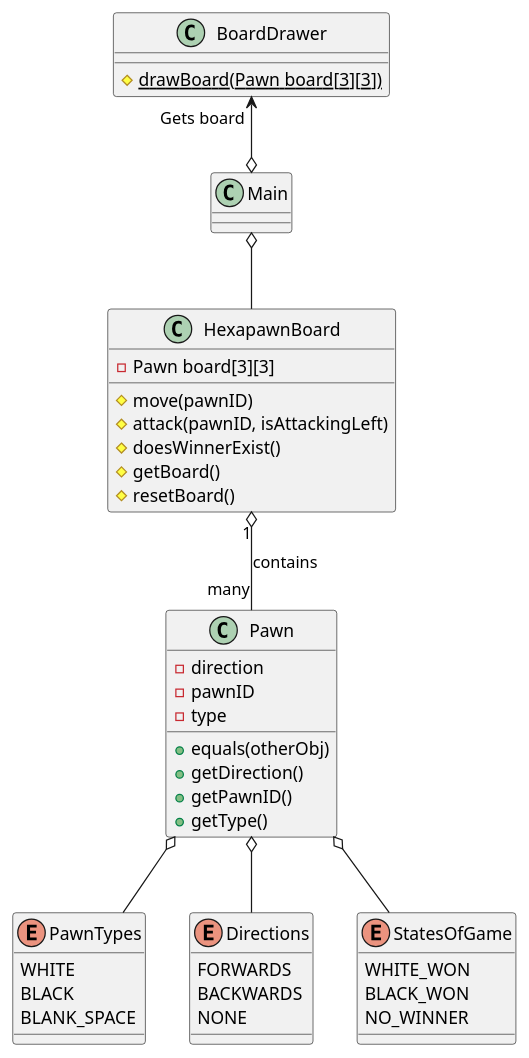
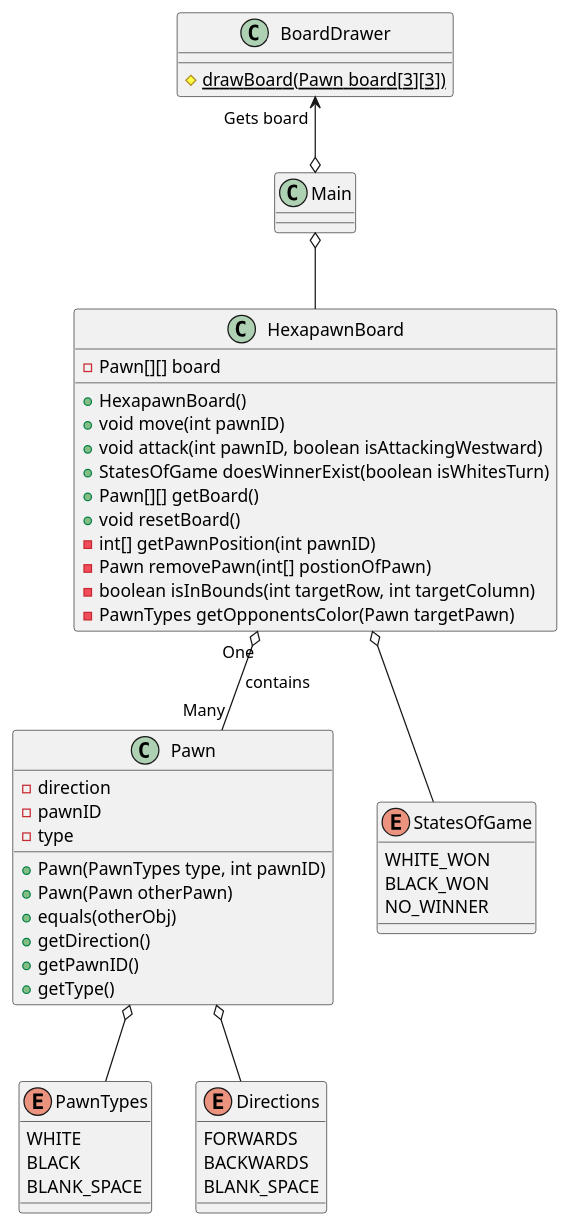
The diagram in src/HexapawnClassDiagram.puml (builderJP/hexapawn), drawn with PlantUML before and after one commit.

Commit message:
Docs: Updated UML Diagram

```diff
--- a/src/HexapawnClassDiagram.puml
+++ b/src/HexapawnClassDiagram.puml
@@ -1,57 +1,64 @@
 @startuml
 'https://plantuml.com/class-diagram
 
 
 class Pawn{
     - direction
     - {field} pawnID
     - type
+    + Pawn(PawnTypes type, int pawnID)
+    + Pawn(Pawn otherPawn)
     + equals(otherObj)
     + getDirection()
     + getPawnID()
     + getType()
 }
 
 class HexapawnBoard{
-    - Pawn board[3][3]
-    # move(pawnID)
-    # attack(pawnID, isAttackingLeft)
-    # doesWinnerExist()
-    # getBoard()
-    # resetBoard()
+    - Pawn[][] board
+    + HexapawnBoard()
+    + void move(int pawnID)
+    + void attack(int pawnID, boolean isAttackingWestward)
+    + StatesOfGame doesWinnerExist(boolean isWhitesTurn)
+    + Pawn[][] getBoard()
+    + void resetBoard()
+    - int[] getPawnPosition(int pawnID)
+    - Pawn removePawn(int[] postionOfPawn)
+    - boolean isInBounds(int targetRow, int targetColumn)
+    - PawnTypes getOpponentsColor(Pawn targetPawn)
 }
 
 class BoardDrawer{
     # {static} drawBoard(Pawn board[3][3])
 }
 
 class Main{
 
 }
 
 enum PawnTypes{
     WHITE
     BLACK
     BLANK_SPACE
 }
 
 enum Directions{
     FORWARDS
     BACKWARDS
-    NONE
+    BLANK_SPACE
 }
 
 enum StatesOfGame{
     WHITE_WON
     BLACK_WON
     NO_WINNER
 }
 
 Pawn o-- PawnTypes
 Pawn o-- Directions
-Pawn o-- StatesOfGame
+HexapawnBoard o-- StatesOfGame
 BoardDrawer "Gets board" <--o Main
 Main o-- HexapawnBoard
-HexapawnBoard "1" o-- "many" Pawn : contains
+HexapawnBoard "One" o-- "Many" Pawn : contains
 
 @enduml
```
